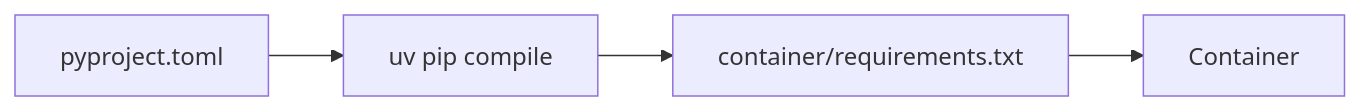
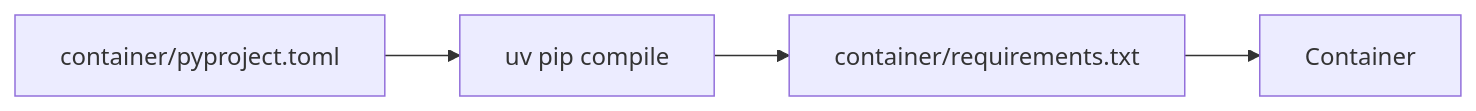
One commit to lamawithonel/lamadist changed the diagram in docs/TOOLING.md. Above: the diagram before and after it, drawn with Mermaid. The commit also changed other lines of this file and 15 other files, not shown here.

First line of the commit message:
build(tooling): implement .mise.toml, pyproject.toml; remove Makefile, Pipfile

````diff
--- a/docs/TOOLING.md
+++ b/docs/TOOLING.md
@@ -301,4 +370,4 @@
 ```mermaid
 flowchart LR
-    pyproject["pyproject.toml"] --> uv["uv pip compile"] --> reqs["container/requirements.txt"] --> container["Container"]
+    pyproject["container/pyproject.toml"] --> uv["uv pip compile"] --> reqs["container/requirements.txt"] --> container["Container"]
 ```
````
